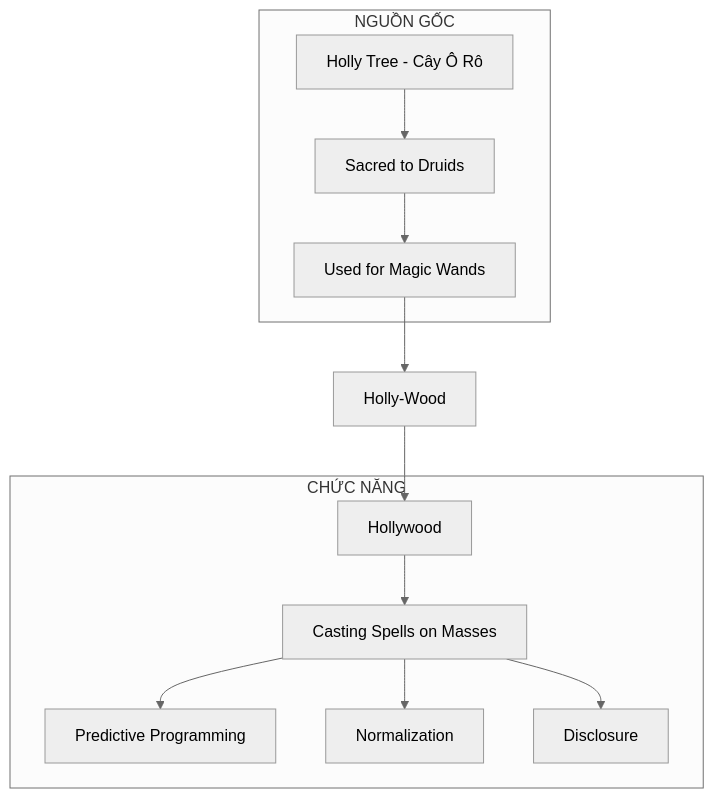
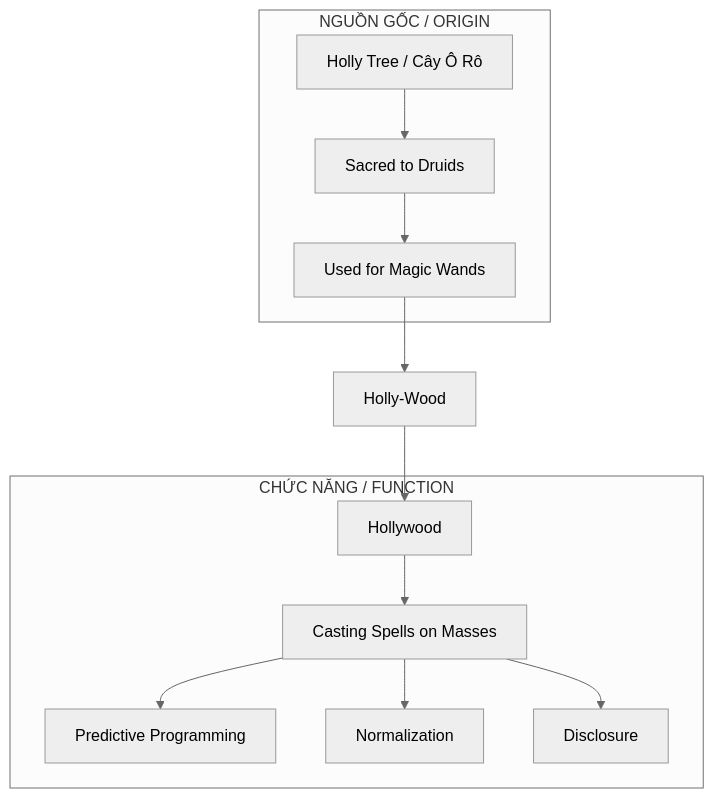
One commit to dyukahi/knowledge changed the first of 3 diagrams in esoterica/Hollywood - Cây Đũa Phép Của Phù Thủy.md. Above: the diagram before and after it, drawn with Mermaid (neutral theme). The commit also changed other lines of this file and 3 other files, not shown here.

````diff
--- a/esoterica/Hollywood - Cây Đũa Phép Của Phù Thủy.md
+++ b/esoterica/Hollywood - Cây Đũa Phép Của Phù Thủy.md
@@ -17,19 +20,19 @@
 ```mermaid
 flowchart TD
-    subgraph "NGUỒN GỐC"
-        A[Holly Tree - Cây Ô Rô]
+    subgraph "NGUỒN GỐC / ORIGIN"
+        A[Holly Tree / Cây Ô Rô]
         B[Sacred to Druids]
         C[Used for Magic Wands]
     end
     
     A --> B --> C
     C --> D[Holly-Wood]
     D --> E[Hollywood]
     
-    subgraph "CHỨC NĂNG"
+    subgraph "CHỨC NĂNG / FUNCTION"
         E --> F[Casting Spells on Masses]
         F --> G[Predictive Programming]
         F --> H[Normalization]
         F --> I[Disclosure]
     end
 ```
````
